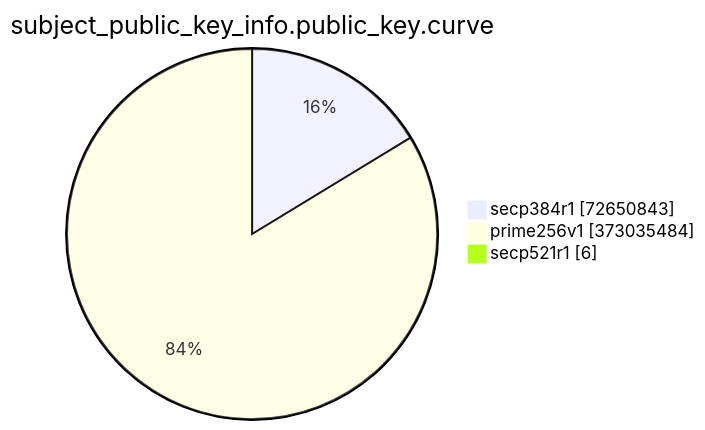
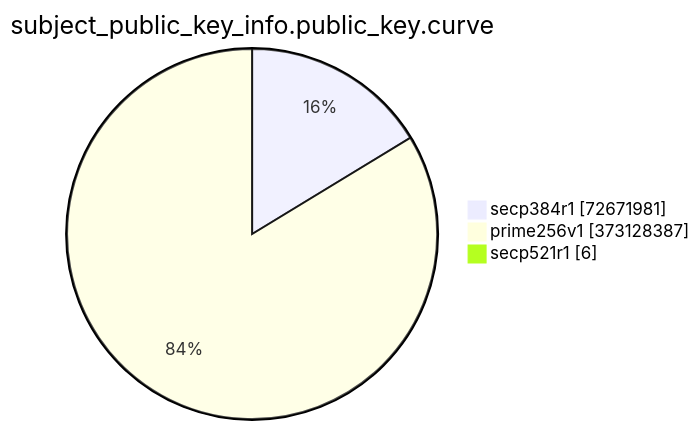
Before and after one commit to christiankrug/ctmonitor_visualization: the eighth of 15 diagrams in TOTAL/README.md, drawn with Mermaid. The commit also changed other lines of this file, not shown here.

````diff
--- a/TOTAL/README.md
+++ b/TOTAL/README.md
@@ -3092,7 +3092,7 @@
 ```mermaid
 pie showData
 title subject_public_key_info.public_key.curve
-"secp384r1" :72650843
-"prime256v1" :373035484
+"secp384r1" :72671981
+"prime256v1" :373128387
 "secp521r1" :6
 ```
````
